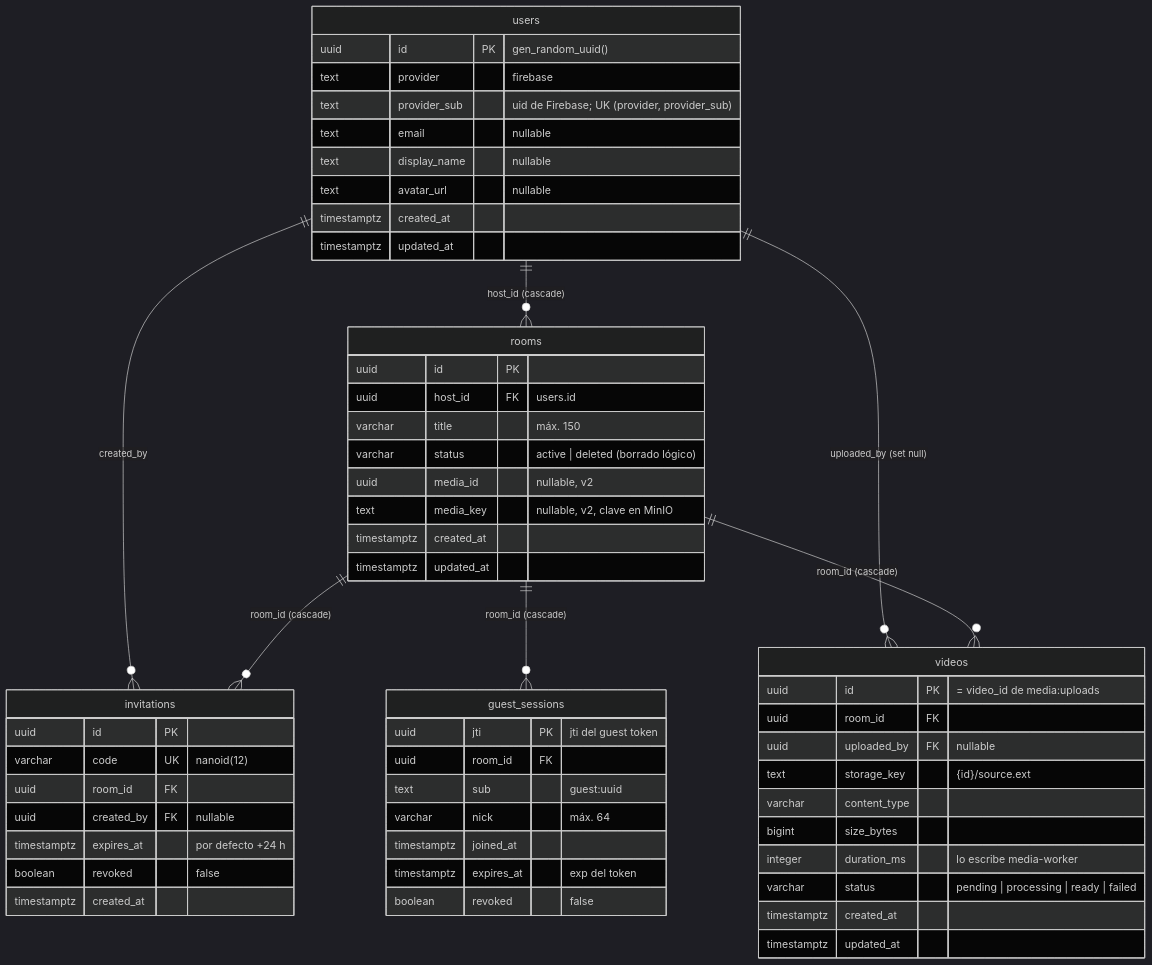
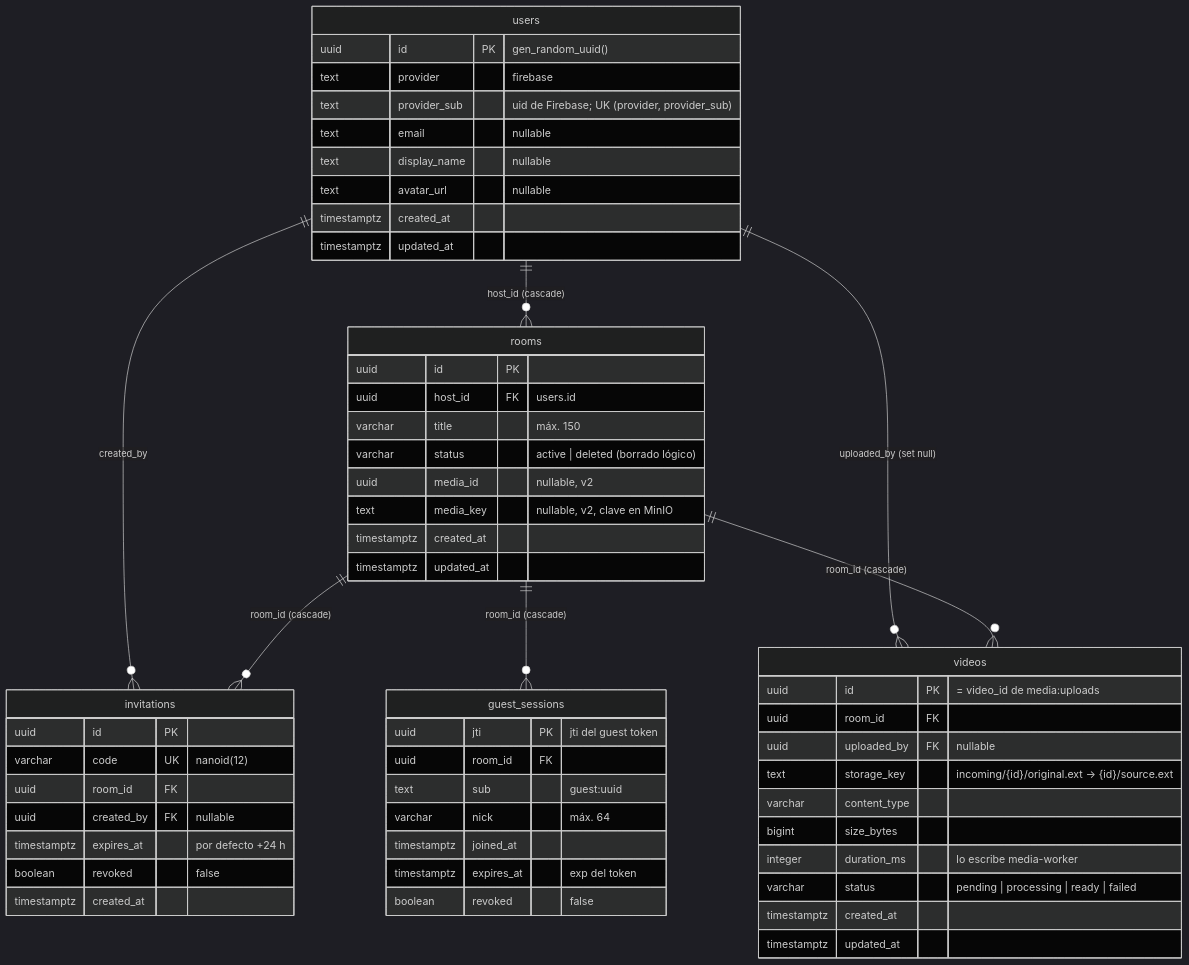
Before and after one commit to N1ghtlyC0de/TINT: the second of 9 diagrams in docs/usuarios-e-identidad.md, drawn with Mermaid (dark theme). The commit also changed 9 other files, not shown here.

````diff
--- a/docs/usuarios-e-identidad.md
+++ b/docs/usuarios-e-identidad.md
@@ -76,60 +76,60 @@
 ```mermaid
 erDiagram
     users ||--o{ rooms : "host_id (cascade)"
     users ||--o{ invitations : "created_by"
     users ||--o{ videos : "uploaded_by (set null)"
     rooms ||--o{ invitations : "room_id (cascade)"
     rooms ||--o{ guest_sessions : "room_id (cascade)"
     rooms ||--o{ videos : "room_id (cascade)"
 
     users {
         uuid id PK "gen_random_uuid()"
         text provider "firebase"
         text provider_sub "uid de Firebase; UK (provider, provider_sub)"
         text email "nullable"
         text display_name "nullable"
         text avatar_url "nullable"
         timestamptz created_at
         timestamptz updated_at
     }
     rooms {
         uuid id PK
         uuid host_id FK "users.id"
         varchar title "máx. 150"
         varchar status "active | deleted (borrado lógico)"
         uuid media_id "nullable, v2"
         text media_key "nullable, v2, clave en MinIO"
         timestamptz created_at
         timestamptz updated_at
     }
     invitations {
         uuid id PK
         varchar code UK "nanoid(12)"
         uuid room_id FK
         uuid created_by FK "nullable"
         timestamptz expires_at "por defecto +24 h"
         boolean revoked "false"
         timestamptz created_at
     }
     guest_sessions {
         uuid jti PK "jti del guest token"
         uuid room_id FK
         text sub "guest:uuid"
         varchar nick "máx. 64"
         timestamptz joined_at
         timestamptz expires_at "exp del token"
         boolean revoked "false"
     }
     videos {
         uuid id PK "= video_id de media:uploads"
         uuid room_id FK
         uuid uploaded_by FK "nullable"
-        text storage_key "{id}/source.ext"
+        text storage_key "incoming/{id}/original.ext → {id}/source.ext"
         varchar content_type
         bigint size_bytes
         integer duration_ms "lo escribe media-worker"
         varchar status "pending | processing | ready | failed"
         timestamptz created_at
         timestamptz updated_at
     }
 ```
````
